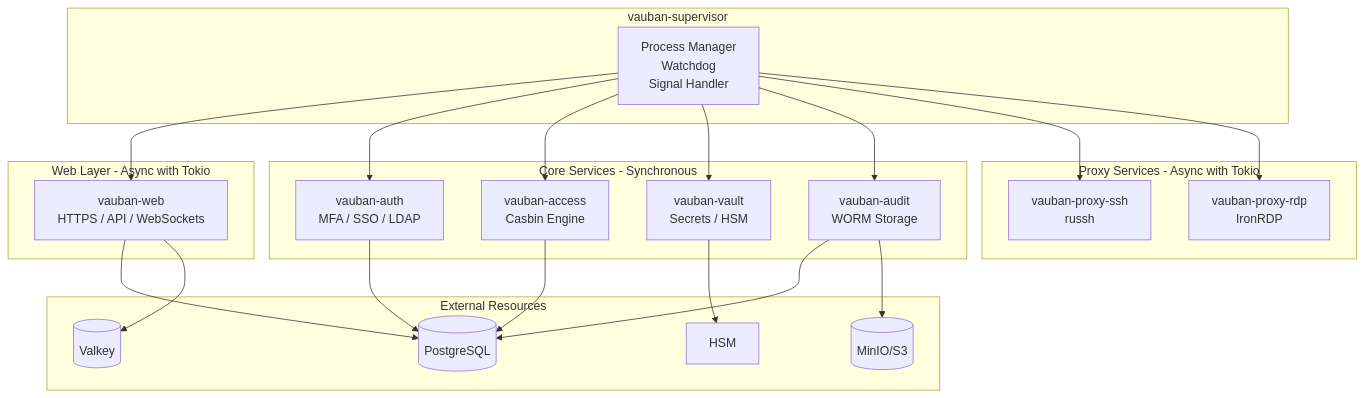
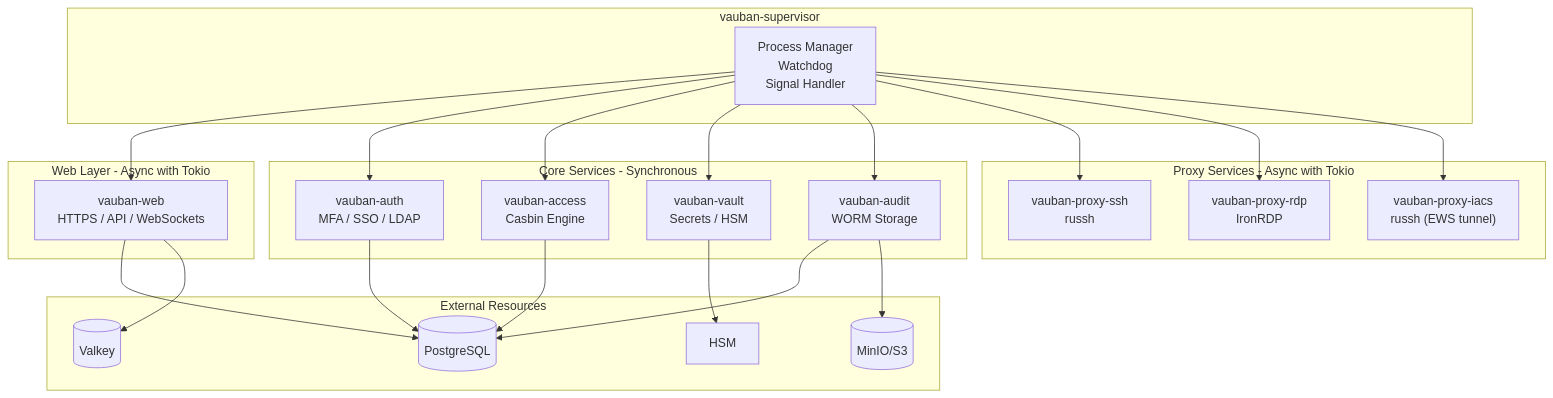
Before and after one commit to rbenaley/Vauban: the first of 15 diagrams in docs/technical/Vauban_Privsep_Architecture_EN(1.2).md, drawn with Mermaid. The commit also changed other lines of this file and 49 other files, not shown here.

First line of the commit message:
feat(iacs): split into vauban-proxy-iacs, per-asset target, bump to 0.7.8

````diff
--- a/docs/technical/Vauban_Privsep_Architecture_EN(1.2).md
+++ b/docs/technical/Vauban_Privsep_Architecture_EN(1.2).md
@@ -73,45 +74,47 @@
 ```mermaid
 flowchart TB
     subgraph supervisor [vauban-supervisor]
         S["Process Manager<br/>Watchdog<br/>Signal Handler"]
     end
 
     subgraph web_layer [Web Layer - Async with Tokio]
         Web["vauban-web<br/>HTTPS / API / WebSockets"]
     end
 
     subgraph core_services [Core Services - Synchronous]
         Auth["vauban-auth<br/>MFA / SSO / LDAP"]
         Access["vauban-access<br/>Casbin Engine"]
         Vault["vauban-vault<br/>Secrets / HSM"]
         Audit["vauban-audit<br/>WORM Storage"]
     end
 
     subgraph proxy_services [Proxy Services - Async with Tokio]
         SSH["vauban-proxy-ssh<br/>russh"]
         RDP["vauban-proxy-rdp<br/>IronRDP"]
+        IACS["vauban-proxy-iacs<br/>russh (EWS tunnel)"]
     end
 
     subgraph external [External Resources]
         DB[(PostgreSQL)]
         Cache[(Valkey)]
         S3[(MinIO/S3)]
         HSM[HSM]
     end
 
     S --> Web
     S --> Auth
     S --> Access
     S --> Vault
     S --> Audit
     S --> SSH
     S --> RDP
+    S --> IACS
 
     Web --> DB
     Web --> Cache
     Auth --> DB
     Access --> DB
     Audit --> DB
     Audit --> S3
     Vault --> HSM
 ```
````
